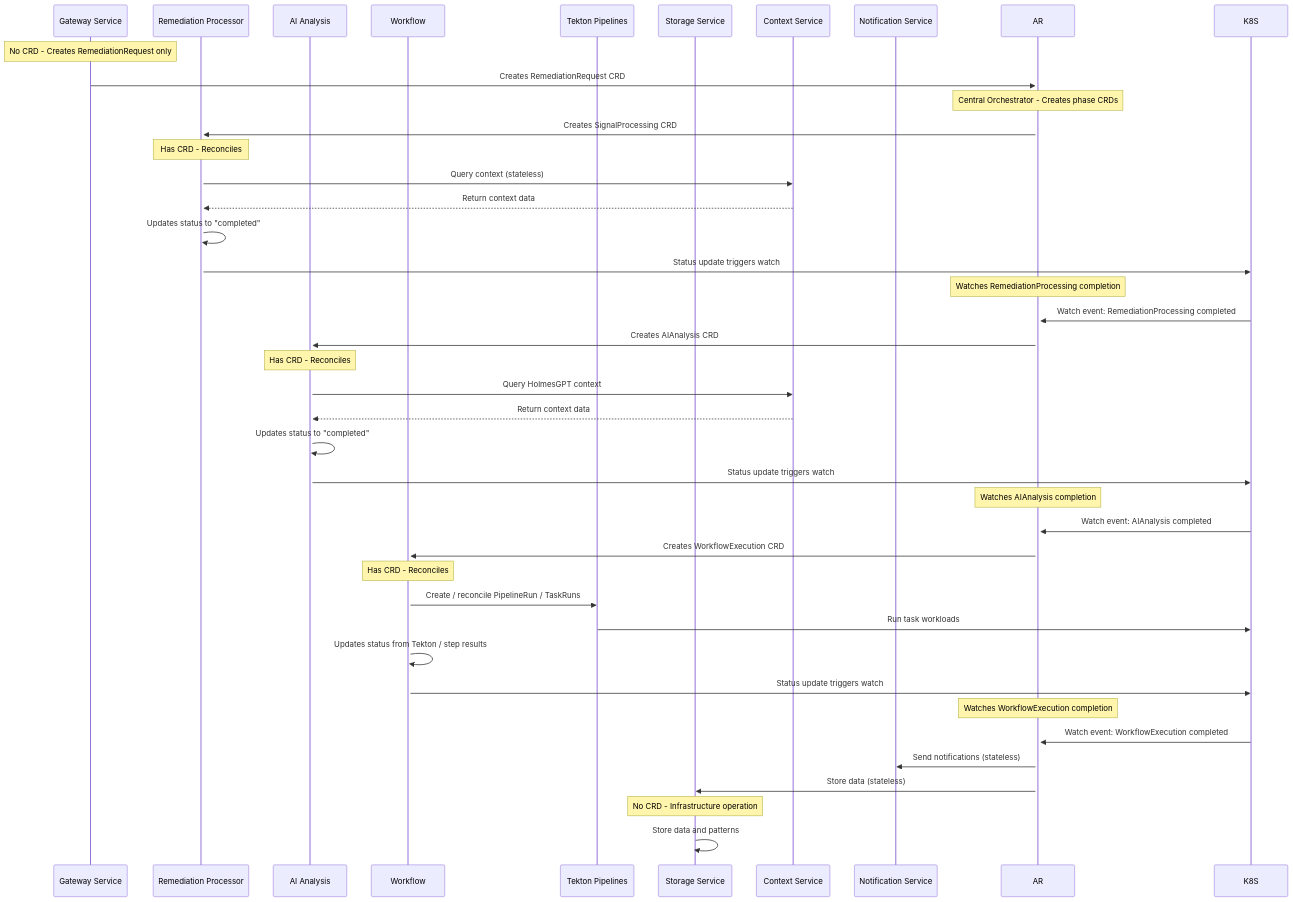
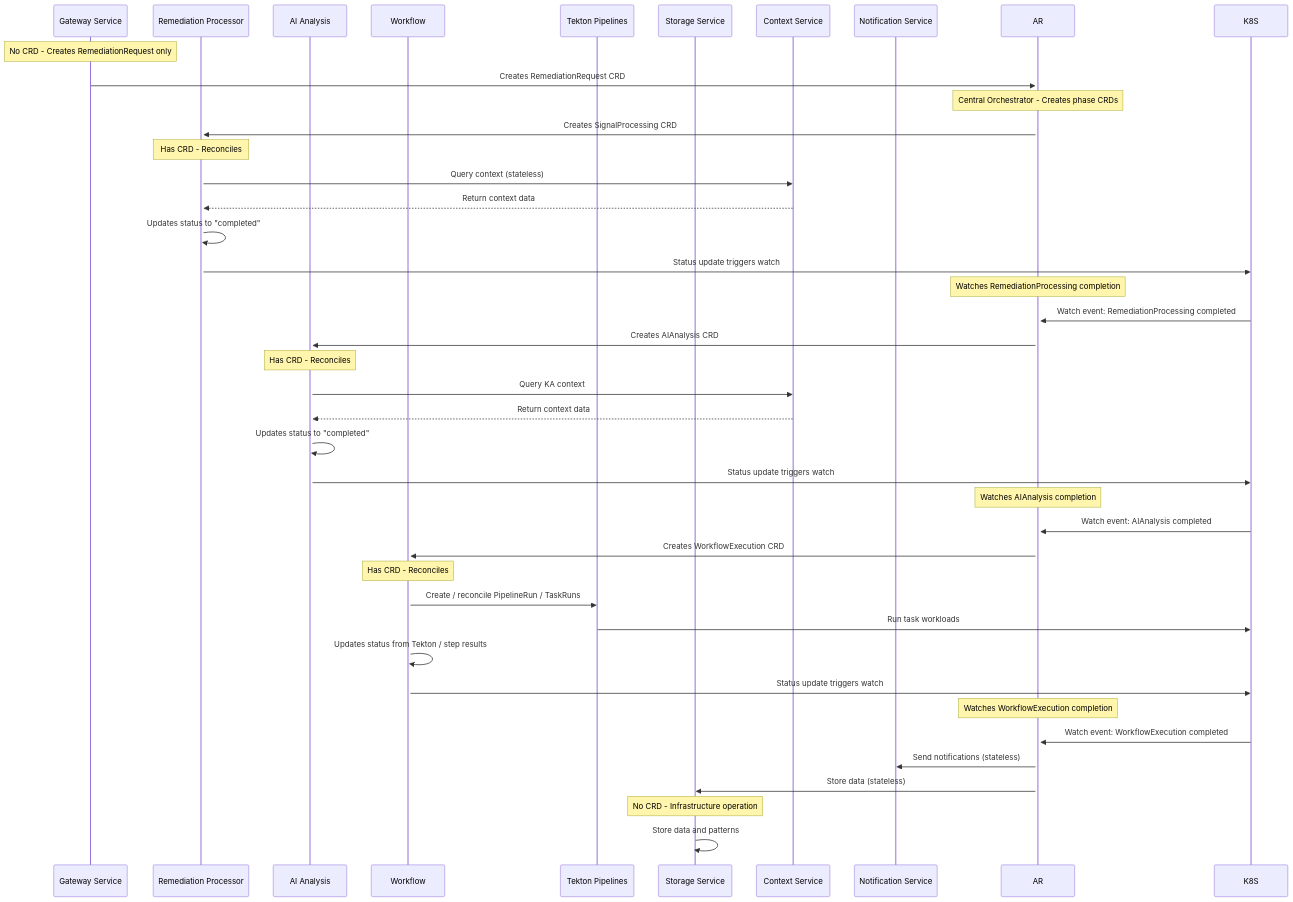
One commit to jordigilh/kubernaut changed the third of 3 diagrams in docs/architecture/MULTI_CRD_RECONCILIATION_ARCHITECTURE.md. Above: the diagram before and after it, drawn with Mermaid. The commit also changed other lines of this file and 111 other files, not shown here.

````diff
--- a/docs/architecture/MULTI_CRD_RECONCILIATION_ARCHITECTURE.md
+++ b/docs/architecture/MULTI_CRD_RECONCILIATION_ARCHITECTURE.md
@@ -1081,51 +1081,51 @@
 ```mermaid
 sequenceDiagram
     participant GW as Gateway Service
     participant AP as Remediation Processor
     participant AI as AI Analysis
     participant WF as Workflow
     participant TEK as Tekton Pipelines
     participant ST as Storage Service
     participant CTX as Context Service
     participant NOT as Notification Service
 
     Note over GW: No CRD - Creates RemediationRequest only
     GW->>+AR: Creates RemediationRequest CRD
 
     Note over AR: Central Orchestrator - Creates phase CRDs
     AR->>+AP: Creates SignalProcessing CRD
 
     Note over AP: Has CRD - Reconciles
     AP->>CTX: Query context (stateless)
     CTX-->>AP: Return context data
     AP->>AP: Updates status to "completed"
     AP->>K8S: Status update triggers watch
 
     Note over AR: Watches RemediationProcessing completion
     K8S->>AR: Watch event: RemediationProcessing completed
     AR->>+AI: Creates AIAnalysis CRD
 
     Note over AI: Has CRD - Reconciles
-    AI->>CTX: Query HolmesGPT context
+    AI->>CTX: Query KA context
     CTX-->>AI: Return context data
     AI->>AI: Updates status to "completed"
     AI->>K8S: Status update triggers watch
 
     Note over AR: Watches AIAnalysis completion
     K8S->>AR: Watch event: AIAnalysis completed
     AR->>+WF: Creates WorkflowExecution CRD
 
     Note over WF: Has CRD - Reconciles
     WF->>TEK: Create / reconcile PipelineRun / TaskRuns
     TEK->>K8S: Run task workloads
     WF->>WF: Updates status from Tekton / step results
     WF->>K8S: Status update triggers watch
 
     Note over AR: Watches WorkflowExecution completion
     K8S->>AR: Watch event: WorkflowExecution completed
     AR->>NOT: Send notifications (stateless)
     AR->>ST: Store data (stateless)
 
     Note over ST: No CRD - Infrastructure operation
     ST->>ST: Store data and patterns
 ```
````
